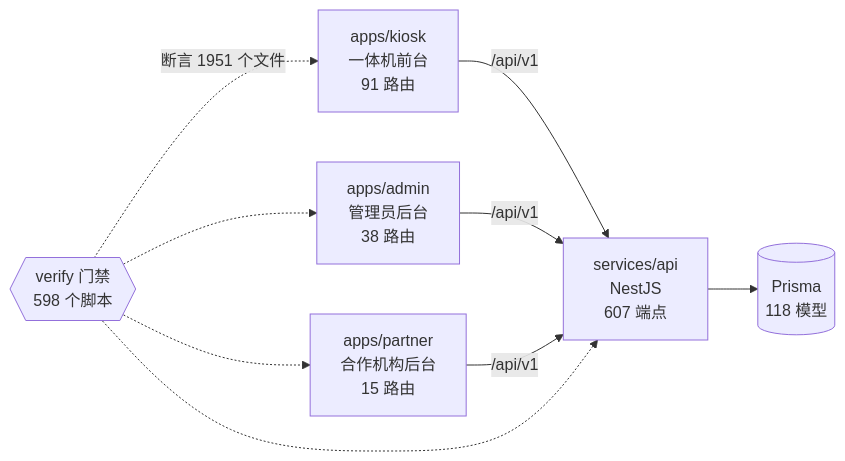
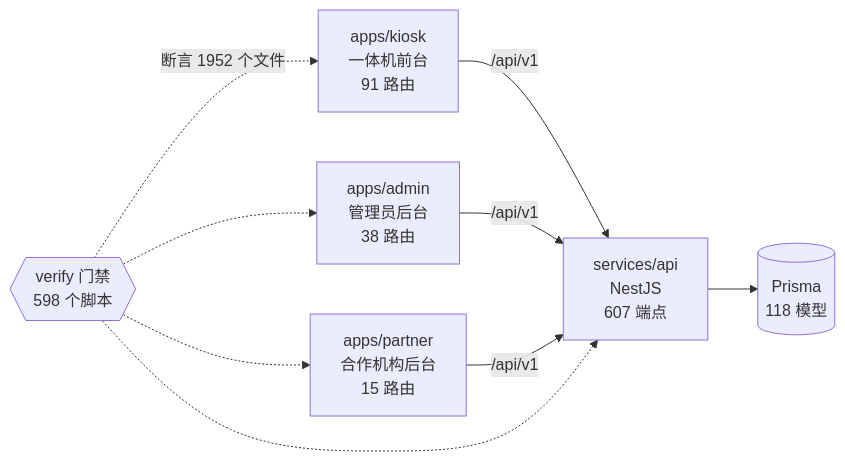
One commit to wanglei581/YITIJI changed the diagram in docs/graph/README.md. Above: the diagram before and after it, drawn with Mermaid. The commit also changed other lines of this file and 17 other files, not shown here.

````diff
--- a/docs/graph/README.md
+++ b/docs/graph/README.md
@@ -68,18 +68,18 @@
 ```mermaid
 flowchart LR
   kiosk["apps/kiosk<br/>一体机前台<br/>91 路由"]
   admin["apps/admin<br/>管理员后台<br/>38 路由"]
   partner["apps/partner<br/>合作机构后台<br/>15 路由"]
   api["services/api<br/>NestJS<br/>607 端点"]
   db[("Prisma<br/>118 模型")]
   gates{{"verify 门禁<br/>598 个脚本"}}
 
   kiosk -->|"/api/v1"| api
   admin -->|"/api/v1"| api
   partner -->|"/api/v1"| api
   api --> db
-  gates -.->|"断言 1951 个文件"| kiosk
+  gates -.->|"断言 1952 个文件"| kiosk
   gates -.-> admin
   gates -.-> partner
   gates -.-> api
 ```
````
